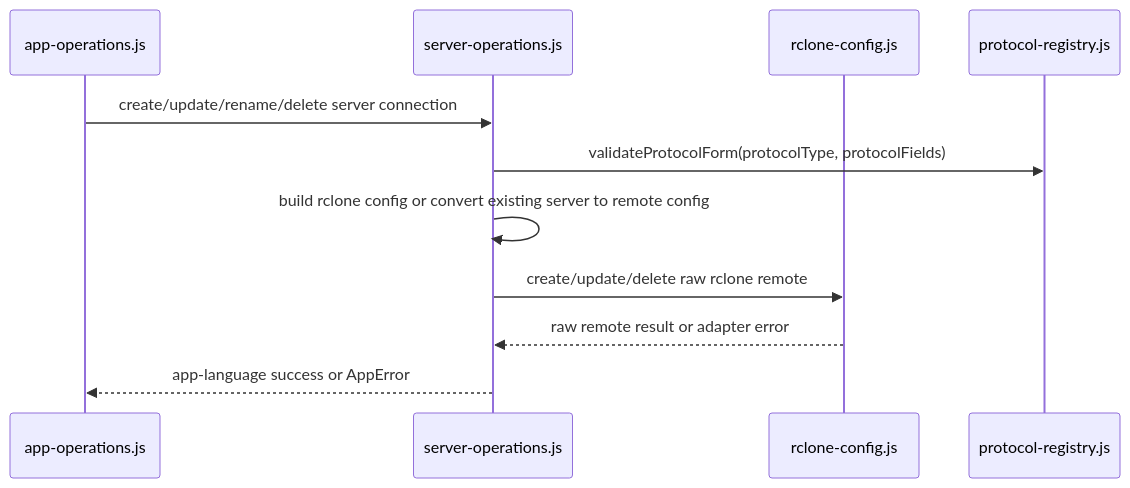
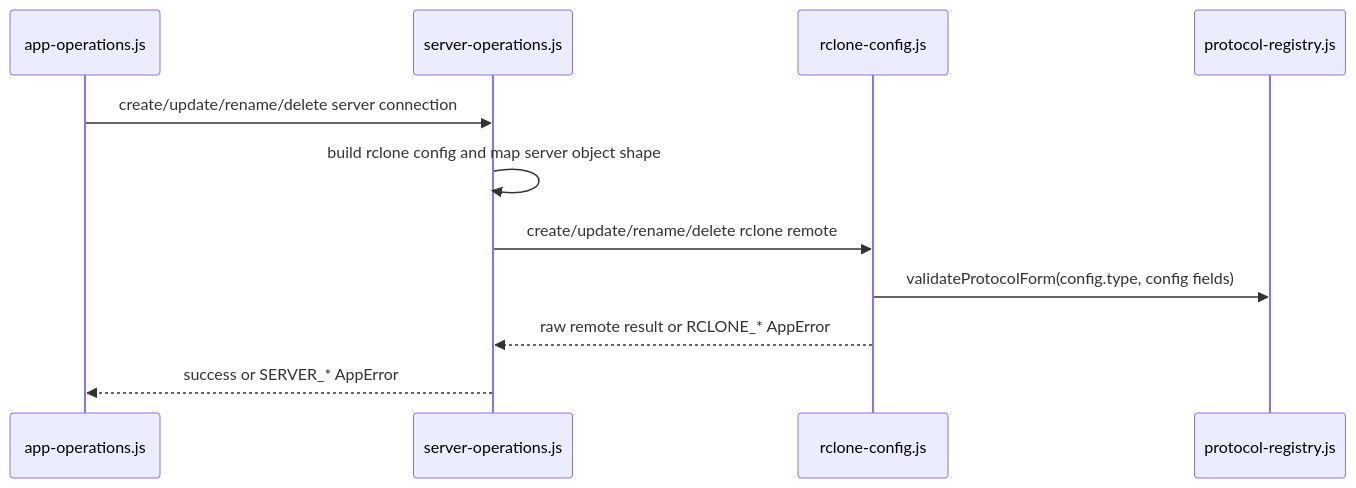
The third of 4 diagrams in docs/Architecture.md (agalloch21/sync-with-rclone), drawn with Mermaid before and after one commit. The commit also changed other lines of this file and 13 other files, not shown here.

Commit message:
optimize the error flow

````diff
--- a/docs/Architecture.md
+++ b/docs/Architecture.md
@@ -456,14 +456,14 @@
 ```mermaid
 sequenceDiagram
   participant APP as app-operations.js
   participant SO as server-operations.js
   participant RC as rclone-config.js
   participant PR as protocol-registry.js
 
   APP->>SO: create/update/rename/delete server connection
-  SO->>PR: validateProtocolForm(protocolType, protocolFields)
-  SO->>SO: build rclone config or convert existing server to remote config
-  SO->>RC: create/update/delete raw rclone remote
-  RC-->>SO: raw remote result or adapter error
-  SO-->>APP: app-language success or AppError
+  SO->>SO: build rclone config and map server object shape
+  SO->>RC: create/update/rename/delete rclone remote
+  RC->>PR: validateProtocolForm(config.type, config fields)
+  RC-->>SO: raw remote result or RCLONE_* AppError
+  SO-->>APP: success or SERVER_* AppError
 ```
````
